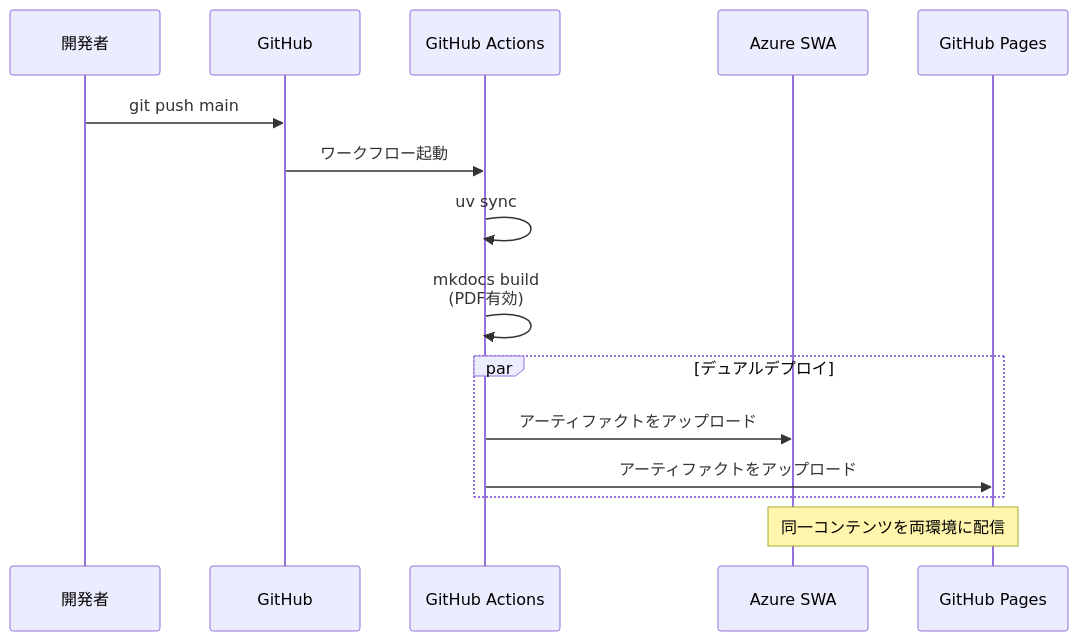
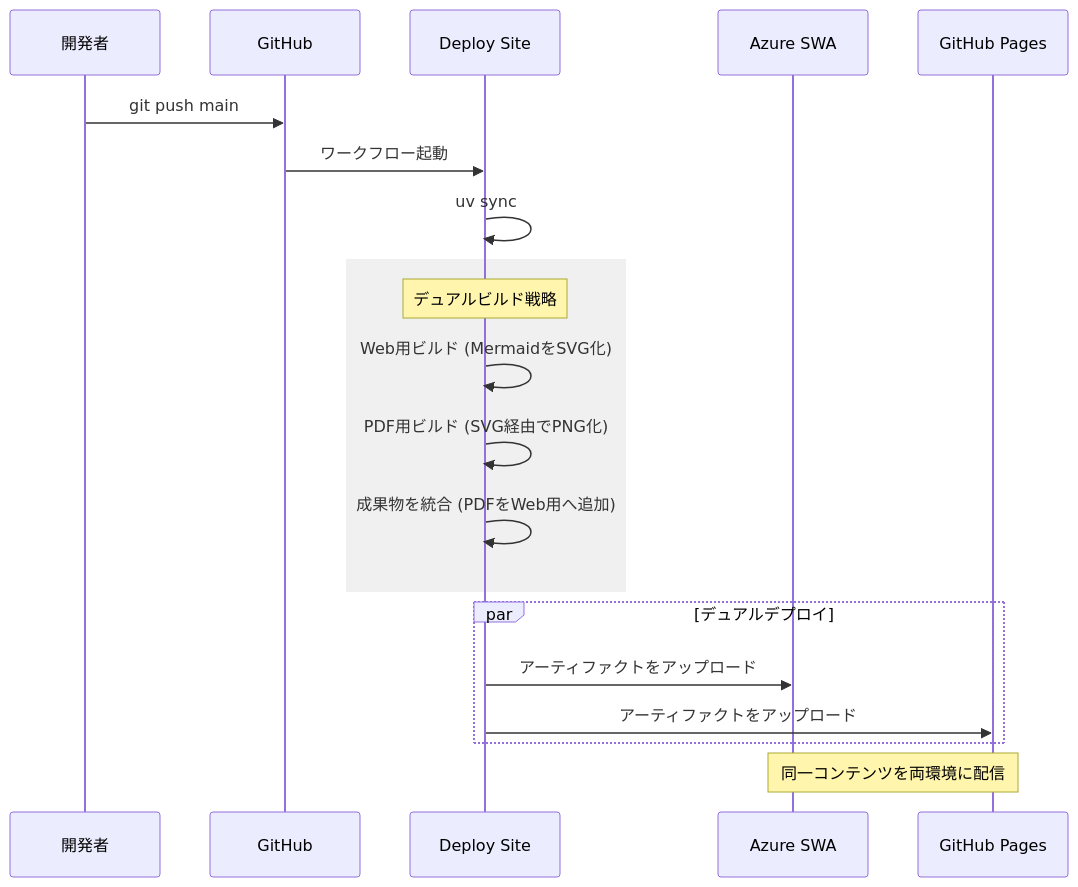
The second of 6 diagrams in docs/アーキテクチャー/deploy-architecture.md (ssd-mkdocs-platform/ssd-mkdocs-sample), drawn with Mermaid before and after one commit. The commit also changed other lines of this file and 6 other files, not shown here.

````diff
--- a/docs/アーキテクチャー/deploy-architecture.md
+++ b/docs/アーキテクチャー/deploy-architecture.md
@@ -106,21 +102,27 @@
 ```mermaid
 sequenceDiagram
     participant Dev as 開発者
     participant GH as GitHub
-    participant Actions as GitHub Actions
+    participant Actions as Deploy Site
     participant SWA as Azure SWA
     participant Pages as GitHub Pages
 
     Dev->>GH: git push main
     GH->>Actions: ワークフロー起動
 
     Actions->>Actions: uv sync
-    Actions->>Actions: mkdocs build<br/>(PDF有効)
+
+    rect rgb(240, 240, 240)
+        Note over Actions: デュアルビルド戦略
+        Actions->>Actions: Web用ビルド (MermaidをSVG化)
+        Actions->>Actions: PDF用ビルド (SVG経由でPNG化)
+        Actions->>Actions: 成果物を統合 (PDFをWeb用へ追加)
+    end
 
     par デュアルデプロイ
         Actions->>SWA: アーティファクトをアップロード
         Actions->>Pages: アーティファクトをアップロード
     end
 
     Note over SWA,Pages: 同一コンテンツを両環境に配信
 ```
````
